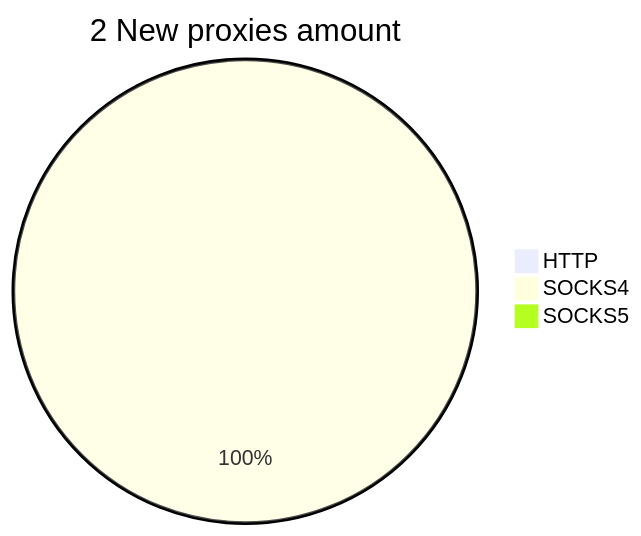
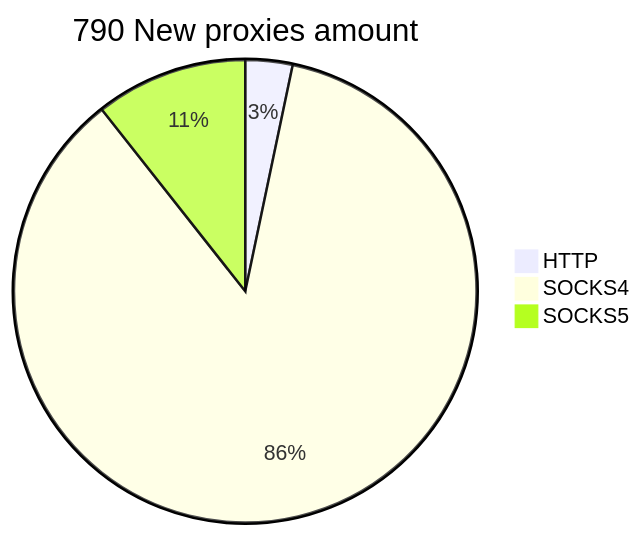
One commit to cutipu/proxylist changed the second of 2 diagrams in README.md. Above: the diagram before and after it, drawn with Mermaid. The commit also changed other lines of this file, not shown here.

````diff
--- a/README.md
+++ b/README.md
@@ -10,6 +10,6 @@
 ```mermaid
-pie title 2 New proxies amount
-    "HTTP" : 0
-    "SOCKS4" : 2
-    "SOCKS5" : 0
+pie title 790 New proxies amount
+    "HTTP" : 26
+    "SOCKS4" : 680
+    "SOCKS5" : 84
 ```
````
